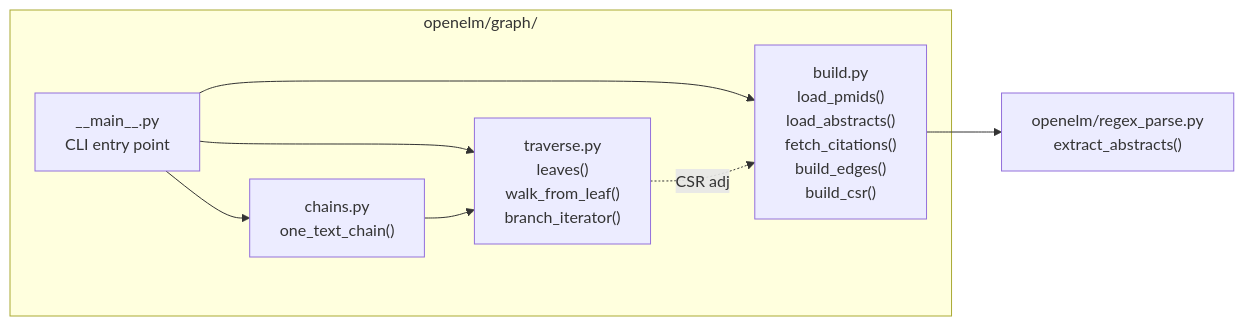
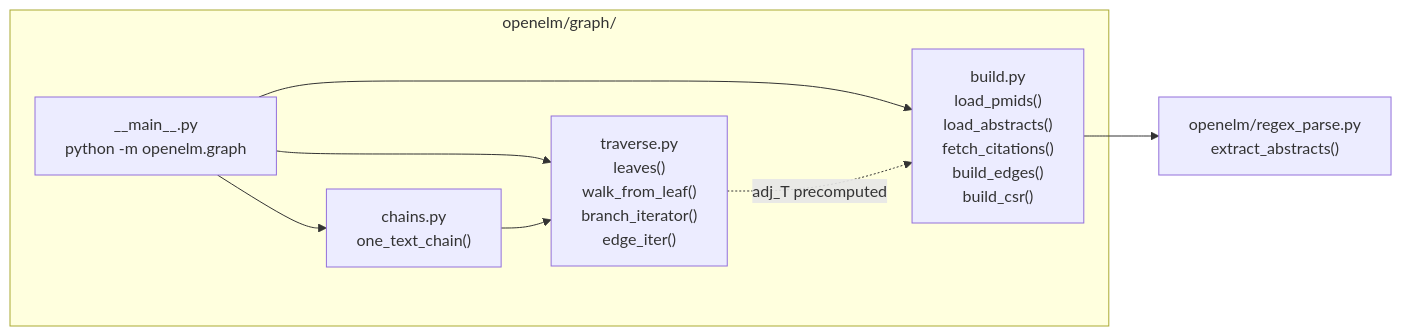
Before and after one commit to BIDS-Xu-Lab/CoreELM: the second of 3 diagrams in architecture.md, drawn with Mermaid. The commit also changed other lines of this file and 2 other files, not shown here.

First line of the commit message:
update architecture docs and finalize task-driven dataset prep

````diff
--- a/architecture.md
+++ b/architecture.md
@@ -69,32 +119,33 @@
 ```mermaid
 graph LR
     subgraph graph["openelm/graph/"]
         build["build.py
 load_pmids()
 load_abstracts()
 fetch_citations()
 build_edges()
 build_csr()"]
 
         traverse["traverse.py
 leaves()
 walk_from_leaf()
-branch_iterator()"]
+branch_iterator()
+edge_iter()"]
 
         chains["chains.py
 one_text_chain()"]
 
         main["__main__.py
-CLI entry point"]
+python -m openelm.graph"]
     end
 
     regex["openelm/regex_parse.py
 extract_abstracts()"]
 
     main --> build
     main --> traverse
     main --> chains
-    traverse -.->|CSR adj| build
+    traverse -.->|adj_T precomputed| build
     chains --> traverse
     build --> regex
 ```
````
